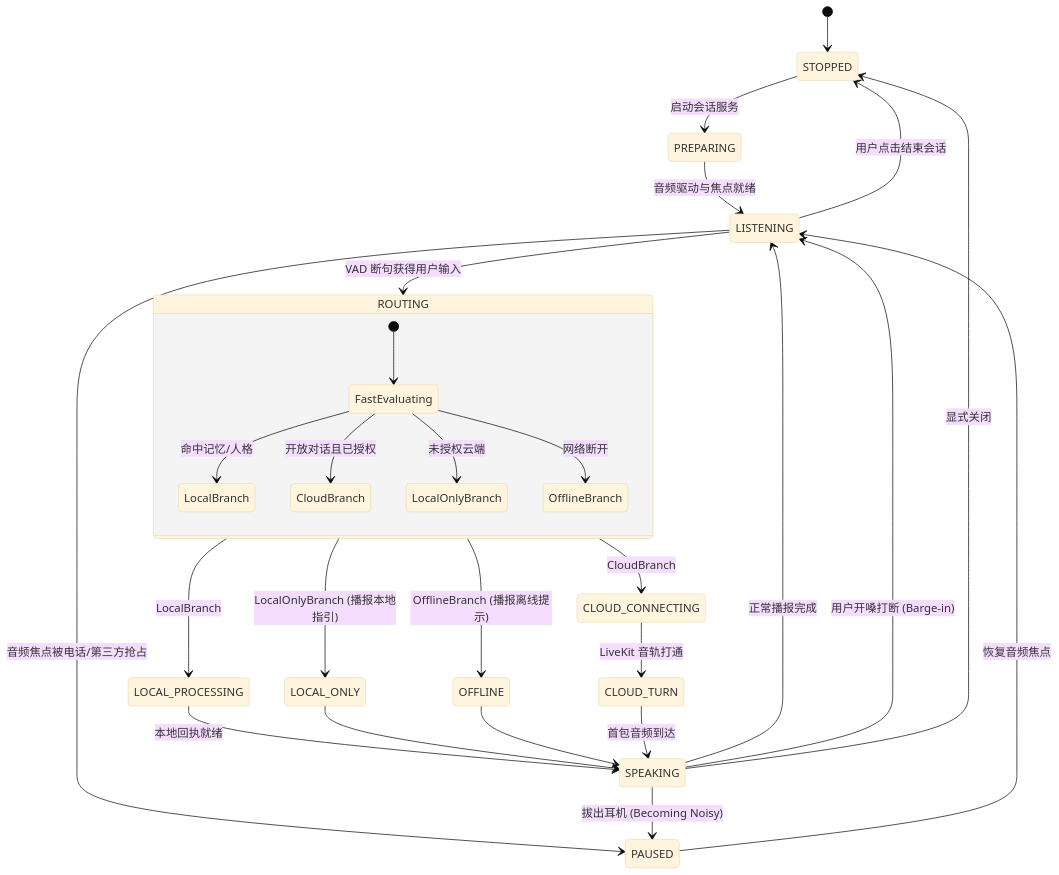
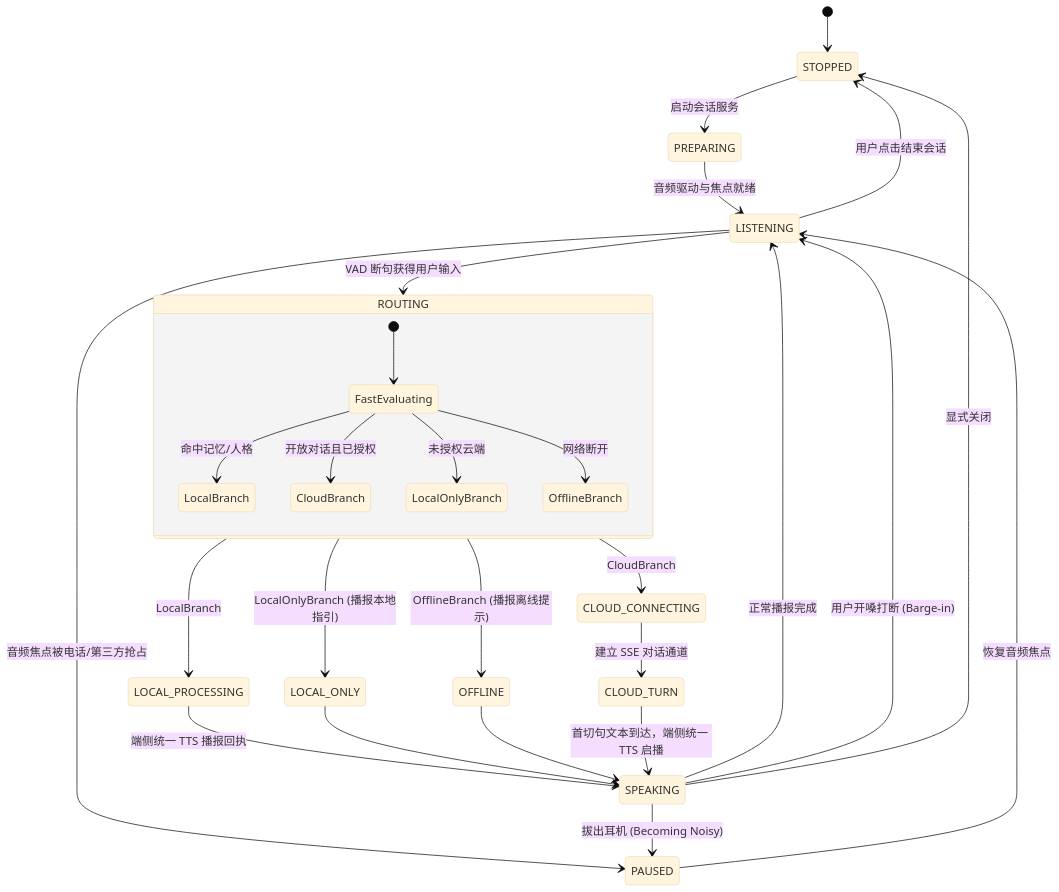
The sixth of 7 diagrams in docs/architecture.md (feixiao/FastAvatar), drawn with Mermaid (base theme) before and after one commit. The commit also changed other lines of this file and 12 other files, not shown here.

````diff
--- a/docs/architecture.md
+++ b/docs/architecture.md
@@ -346,37 +344,37 @@
 ```mermaid
 stateDiagram-v2
     [*] --> STOPPED
     STOPPED --> PREPARING: 启动会话服务
     PREPARING --> LISTENING: 音频驱动与焦点就绪
     LISTENING --> ROUTING: VAD 断句获得用户输入
     
     state ROUTING {
         [*] --> FastEvaluating
         FastEvaluating --> LocalBranch: 命中记忆/人格
         FastEvaluating --> CloudBranch: 开放对话且已授权
         FastEvaluating --> LocalOnlyBranch: 未授权云端
         FastEvaluating --> OfflineBranch: 网络断开
     }
     
     ROUTING --> LOCAL_PROCESSING: LocalBranch
     ROUTING --> LOCAL_ONLY: LocalOnlyBranch (播报本地指引)
     ROUTING --> OFFLINE: OfflineBranch (播报离线提示)
     ROUTING --> CLOUD_CONNECTING: CloudBranch
     
-    LOCAL_PROCESSING --> SPEAKING: 本地回执就绪
+    LOCAL_PROCESSING --> SPEAKING: 端侧统一 TTS 播报回执
     LOCAL_ONLY --> SPEAKING
     OFFLINE --> SPEAKING
     
-    CLOUD_CONNECTING --> CLOUD_TURN: LiveKit 音轨打通
-    CLOUD_TURN --> SPEAKING: 首包音频到达
+    CLOUD_CONNECTING --> CLOUD_TURN: 建立 SSE 对话通道
+    CLOUD_TURN --> SPEAKING: 首切句文本到达，端侧统一 TTS 启播
     
     SPEAKING --> LISTENING: 正常播报完成
     SPEAKING --> LISTENING: 用户开嗓打断 (Barge-in)
     
     LISTENING --> PAUSED: 音频焦点被电话/第三方抢占
     SPEAKING --> PAUSED: 拔出耳机 (Becoming Noisy)
     PAUSED --> LISTENING: 恢复音频焦点
     
     LISTENING --> STOPPED: 用户点击结束会话
     SPEAKING --> STOPPED: 显式关闭
 ```
````
